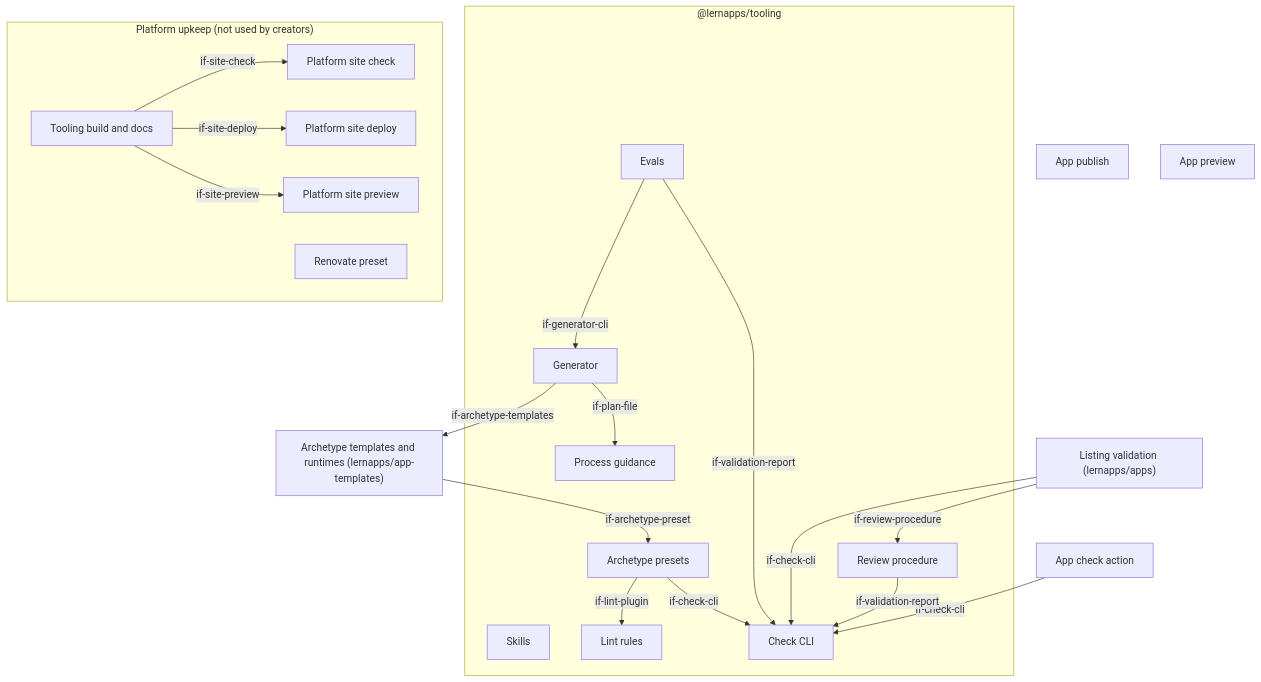
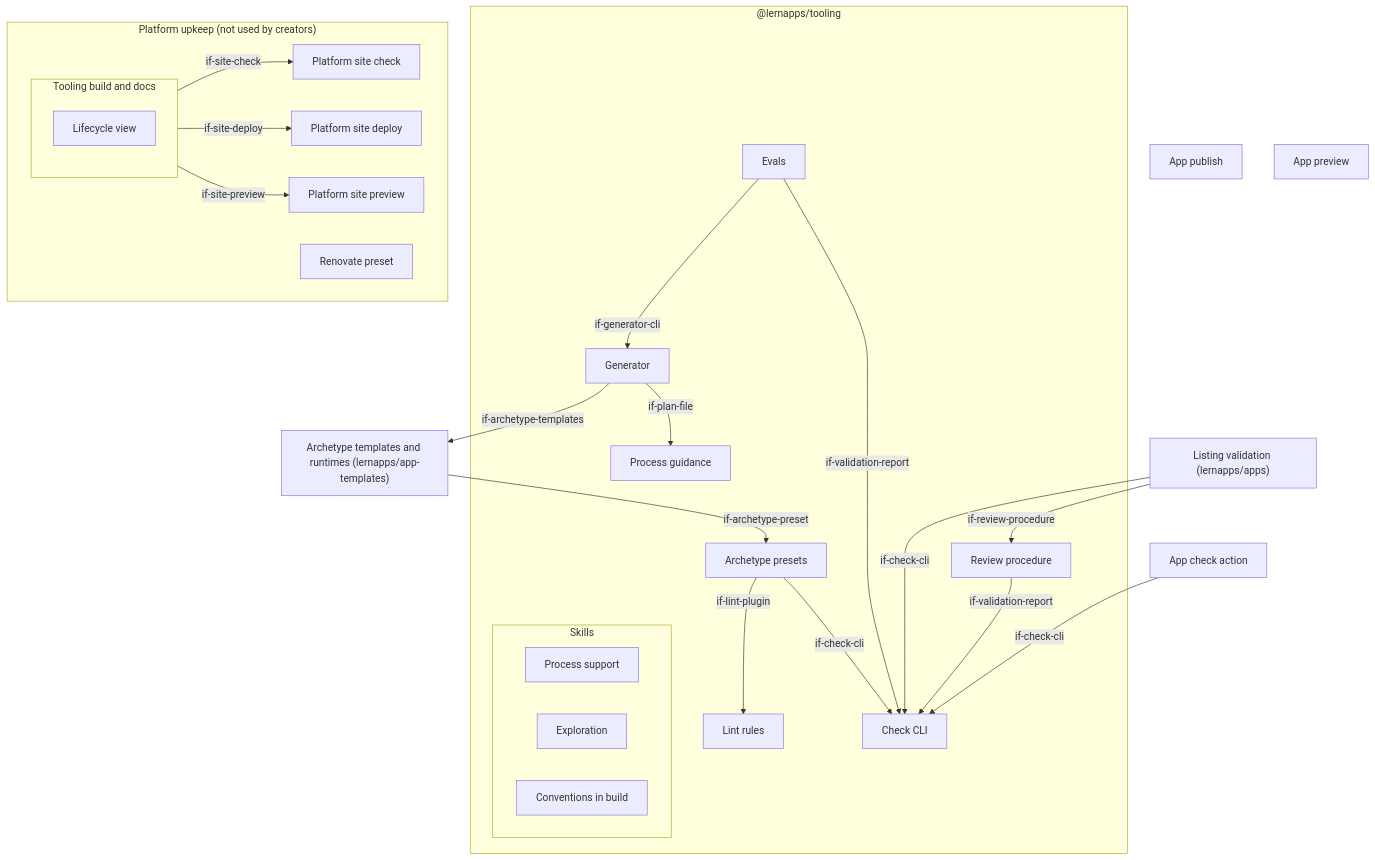
One commit to lernapps/tooling changed the first of 2 diagrams in docs/arc42/05-building-blocks.arc42.md. Above: the diagram before and after it, drawn with Mermaid. The commit also changed other lines of this file and 3 other files, not shown here.

First line of the commit message:
docs(arc42): organise the architecture along the lifecycle of an app

````diff
--- a/docs/arc42/05-building-blocks.arc42.md
+++ b/docs/arc42/05-building-blocks.arc42.md
@@ -25,39 +30,45 @@
 ```mermaid
 flowchart TB
     subgraph bb-tooling-package["@lernapps/tooling"]
         bb-process-guidance["Process guidance"]
-        bb-skills["Skills"]
+        subgraph bb-skills["Skills"]
+            bb-skills-process["Process support"]
+            bb-skills-exploration["Exploration"]
+            bb-skills-conventions["Conventions in build"]
+        end
         bb-generator["Generator"]
         bb-archetypes["Archetype presets"]
         bb-lint-rules["Lint rules"]
         bb-check-cli["Check CLI"]
         bb-review-procedure["Review procedure"]
         bb-evals["Evals"]
     end
     bb-app-templates["Archetype templates and runtimes (lernapps/app-templates)"]
     bb-app-check-action["App check action"]
     bb-app-publish["App publish"]
     bb-app-preview["App preview"]
     subgraph bb-platform-upkeep["Platform upkeep (not used by creators)"]
-        bb-tooling-build["Tooling build and docs"]
+        subgraph bb-tooling-build["Tooling build and docs"]
+            bb-lifecycle-view["Lifecycle view"]
+        end
         bb-site-check["Platform site check"]
         bb-site-deploy["Platform site deploy"]
         bb-site-preview["Platform site preview"]
         bb-renovate-preset["Renovate preset"]
     end
     bb-listing-validation["Listing validation (lernapps/apps)"]
     bb-generator -->|"if-archetype-templates"| bb-app-templates
     bb-generator -->|"if-plan-file"| bb-process-guidance
     bb-app-templates -->|"if-archetype-preset"| bb-archetypes
     bb-archetypes -->|"if-lint-plugin"| bb-lint-rules
     bb-archetypes -->|"if-check-cli"| bb-check-cli
     bb-app-check-action -->|"if-check-cli"| bb-check-cli
     bb-listing-validation -->|"if-check-cli"| bb-check-cli
     bb-listing-validation -->|"if-review-procedure"| bb-review-procedure
     bb-review-procedure -->|"if-validation-report"| bb-check-cli
     bb-evals -->|"if-generator-cli"| bb-generator
     bb-evals -->|"if-validation-report"| bb-check-cli
     bb-tooling-build -->|"if-site-check"| bb-site-check
     bb-tooling-build -->|"if-site-deploy"| bb-site-deploy
     bb-tooling-build -->|"if-site-preview"| bb-site-preview
 ```
````
